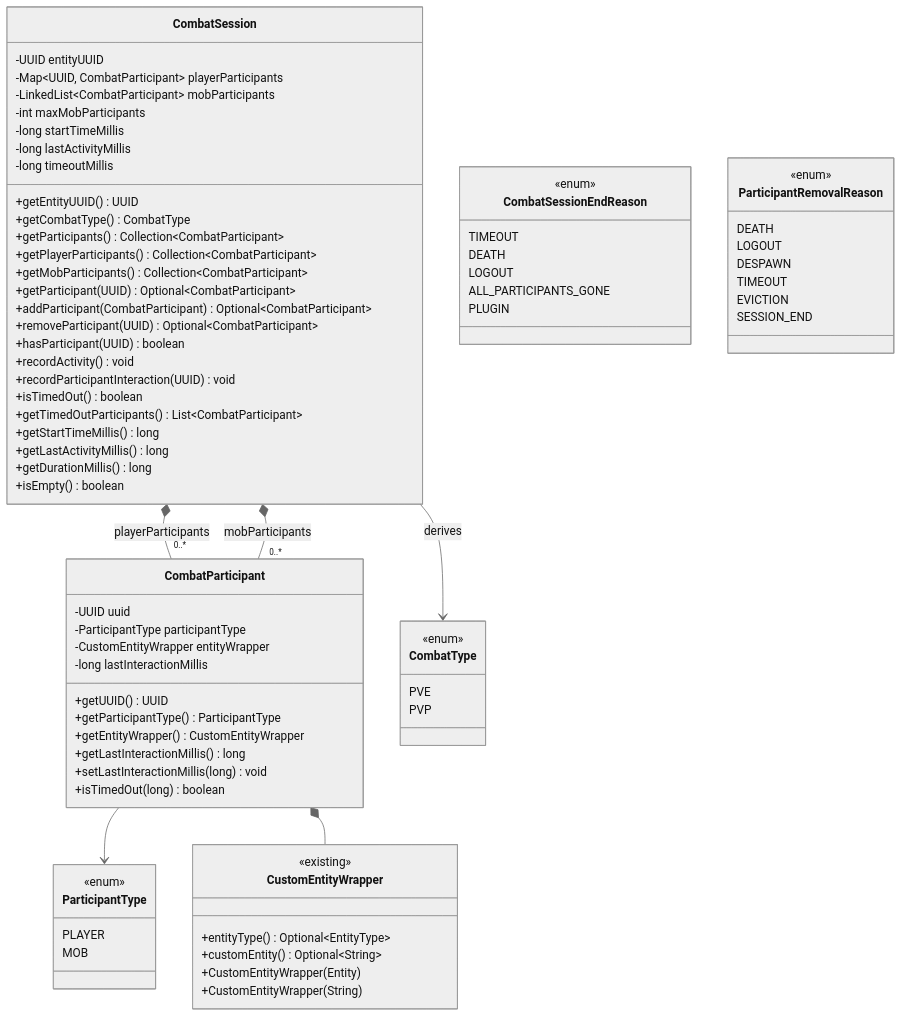
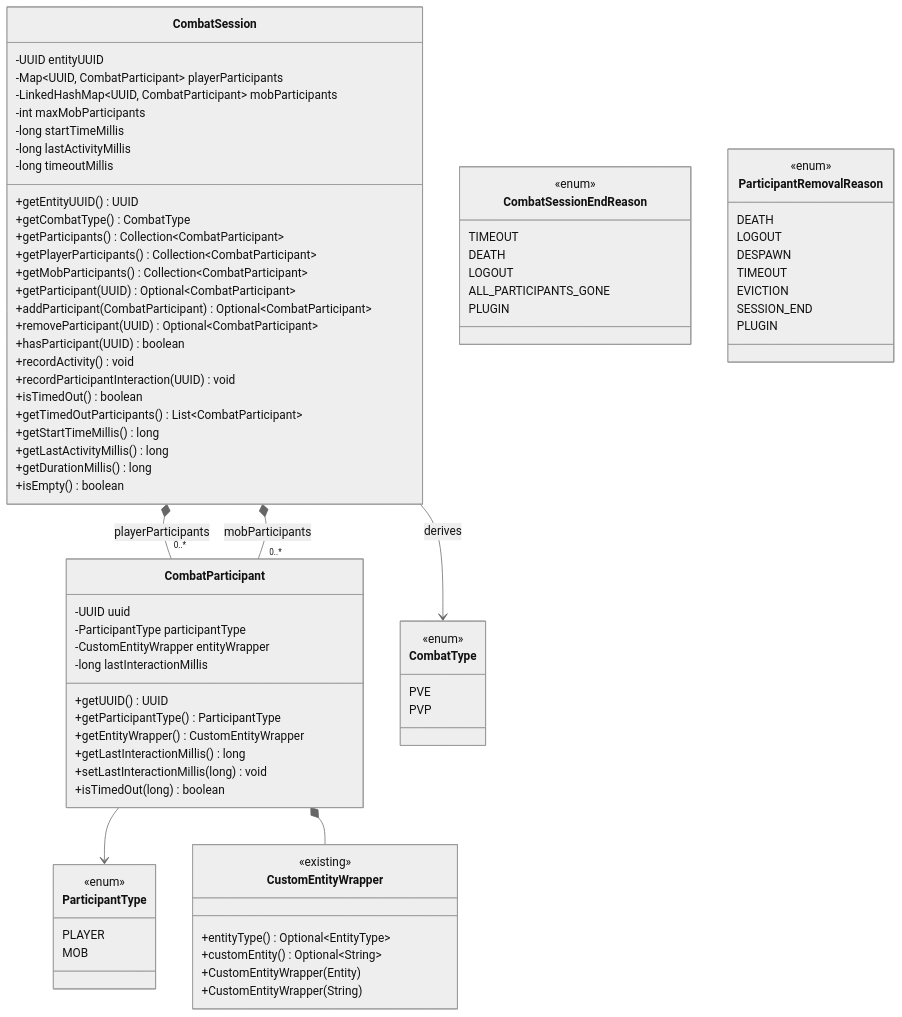
The first of 3 diagrams in docs/lld/combat-tracker/phase-1-core-combat-session-engine.md (DiamondDagger590/McRPG), drawn with Mermaid (neutral theme) before and after one commit. The commit also changed other lines of this file, not shown here.

```diff
--- a/docs/lld/combat-tracker/phase-1-core-combat-session-engine.md
+++ b/docs/lld/combat-tracker/phase-1-core-combat-session-engine.md
@@ -68,7 +69,7 @@
     class CombatSession {
         -UUID entityUUID
         -Map~UUID, CombatParticipant~ playerParticipants
-        -LinkedList~CombatParticipant~ mobParticipants
+        -LinkedHashMap~UUID, CombatParticipant~ mobParticipants
         -int maxMobParticipants
         -long startTimeMillis
         -long lastActivityMillis
@@ -143,6 +144,7 @@
         TIMEOUT
         EVICTION
         SESSION_END
+        PLUGIN
     }
 
     CombatSession *-- "0..*" CombatParticipant : playerParticipants
```
